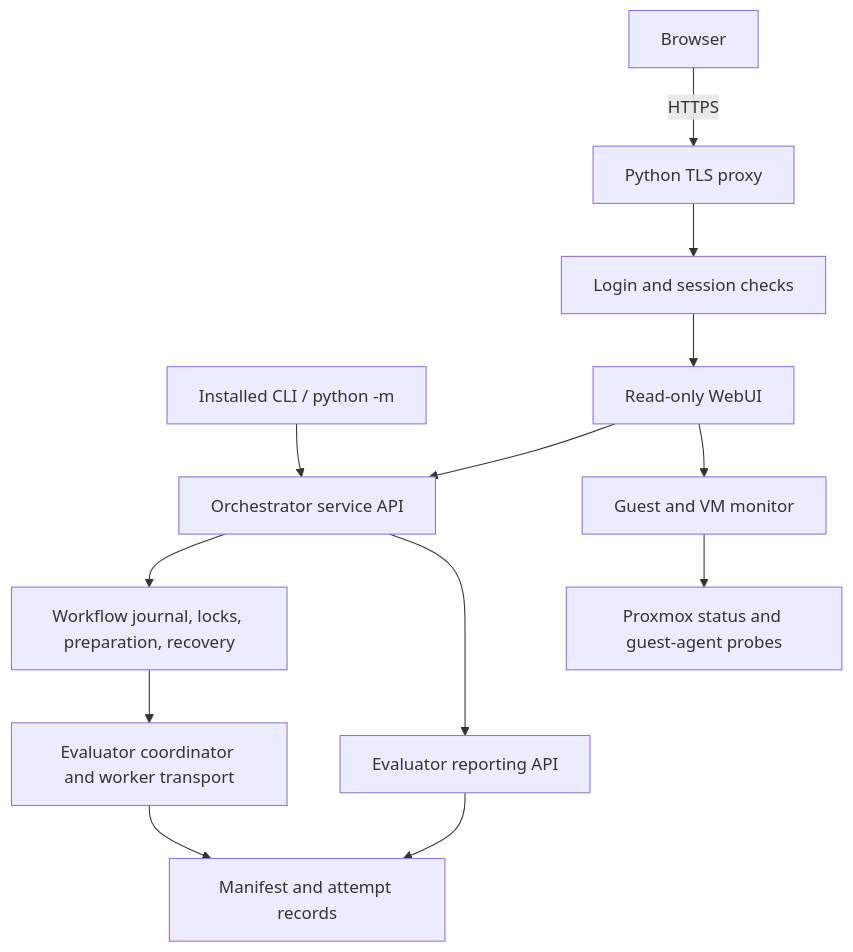
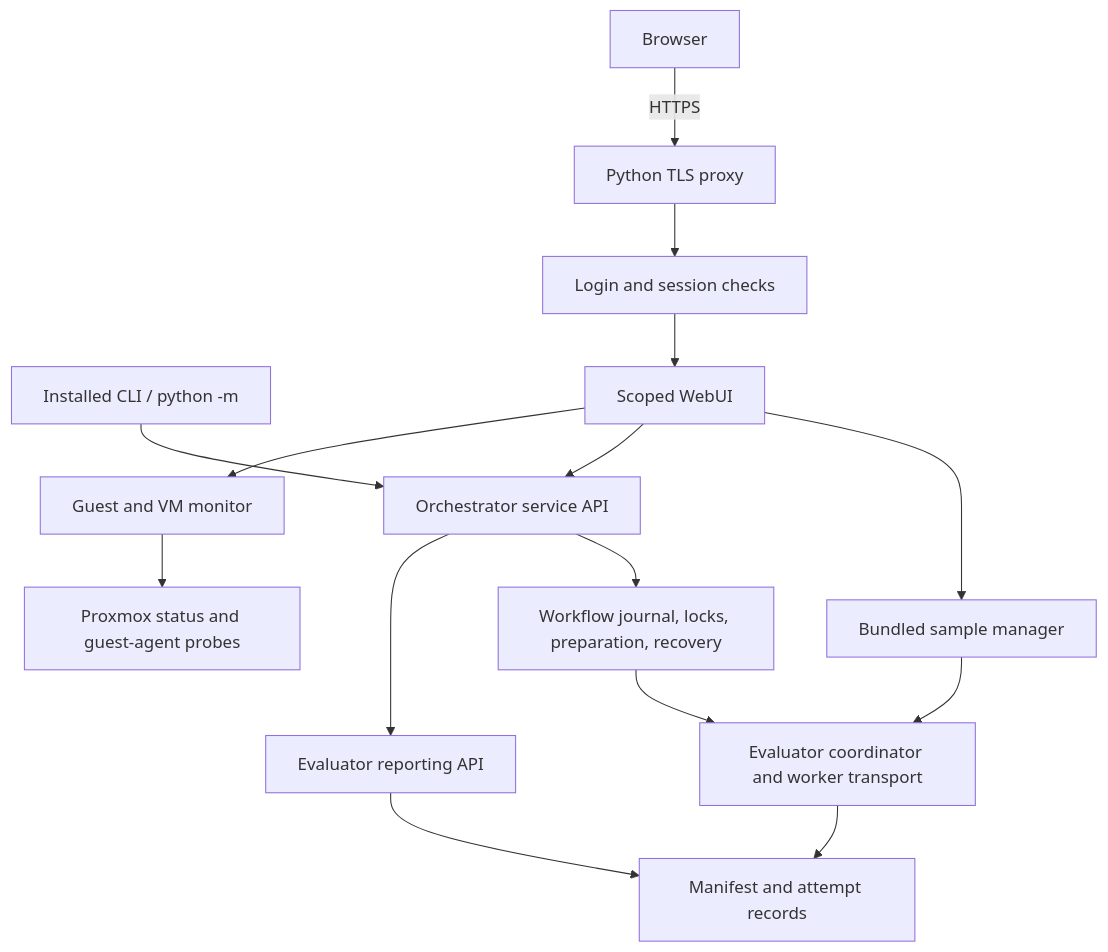
Before and after one commit to raistlinJ/cyber-agent-flow-orchestrator: the diagram in docs/interfaces.md, drawn with Mermaid. The commit also changed other lines of this file and 25 other files, not shown here.

Commit message:
Run bundled evaluation samples from the scoped WebUI

````diff
--- a/docs/interfaces.md
+++ b/docs/interfaces.md
@@ -7,15 +7,17 @@
 ```mermaid
 flowchart TD
     CLI[Installed CLI / python -m] --> Service[Orchestrator service API]
     Browser[Browser] -->|HTTPS| Proxy[Python TLS proxy]
     Proxy --> Auth[Login and session checks]
-    Auth --> UI[Read-only WebUI]
+    Auth --> UI[Scoped WebUI]
+    UI --> Samples[Bundled sample manager]
+    Samples --> Eval
     UI --> Service
     UI --> Monitor[Guest and VM monitor]
     Monitor --> Proxmox[Proxmox status and guest-agent probes]
     Service --> Workflow[Workflow journal, locks, preparation, recovery]
     Service --> Reports[Evaluator reporting API]
     Workflow --> Eval[Evaluator coordinator and worker transport]
     Reports --> Records[Manifest and attempt records]
     Eval --> Records
 ```
````
